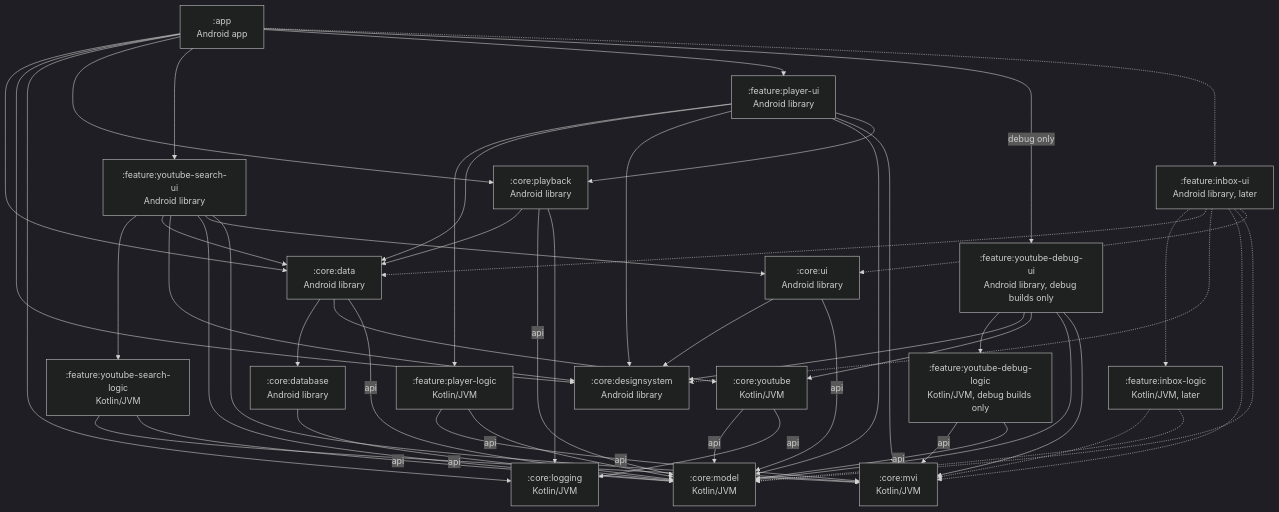
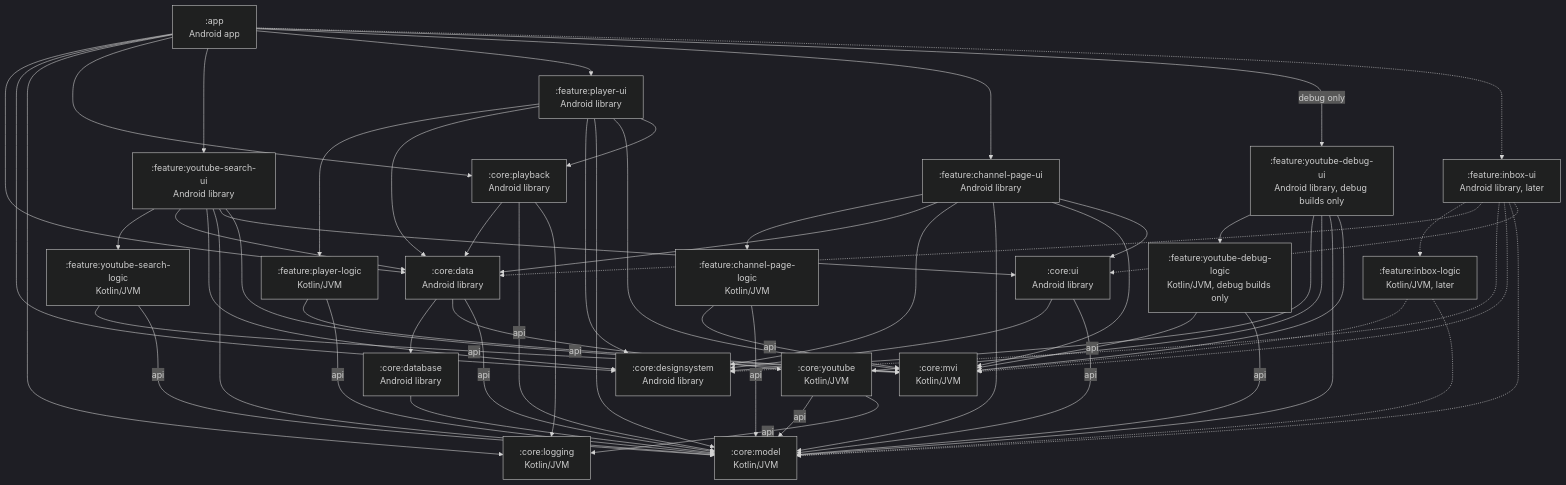
The first of 4 diagrams in docs/architecture.md (dewfallapp/dewfall), drawn with Mermaid (dark theme) before and after one commit. The commit also changed other lines of this file and 84 other files, not shown here.

First line of the commit message:
feat: add the channel page

```diff
--- a/docs/architecture.md
+++ b/docs/architecture.md
@@ -28,6 +28,8 @@
     searchLogic[":feature:youtube-search-logic<br/>Kotlin/JVM"]
     playerUi[":feature:player-ui<br/>Android library"]
     playerLogic[":feature:player-logic<br/>Kotlin/JVM"]
+    channelUi[":feature:channel-page-ui<br/>Android library"]
+    channelLogic[":feature:channel-page-logic<br/>Kotlin/JVM"]
     debugUi[":feature:youtube-debug-ui<br/>Android library, debug builds only"]
     debugLogic[":feature:youtube-debug-logic<br/>Kotlin/JVM, debug builds only"]
     coreUi[":core:ui<br/>Android library"]
@@ -65,6 +67,15 @@
     playerUi --> playback
     playerLogic -->|api| mvi
     playerLogic -->|api| model
+    app --> channelUi
+    channelUi --> channelLogic
+    channelUi --> data
+    channelUi --> designsystem
+    channelUi --> model
+    channelUi --> mvi
+    channelUi --> coreUi
+    channelLogic -->|api| mvi
+    channelLogic -->|api| model
     app -->|debug only| debugUi
     debugUi --> debugLogic
     debugUi --> designsystem
```
